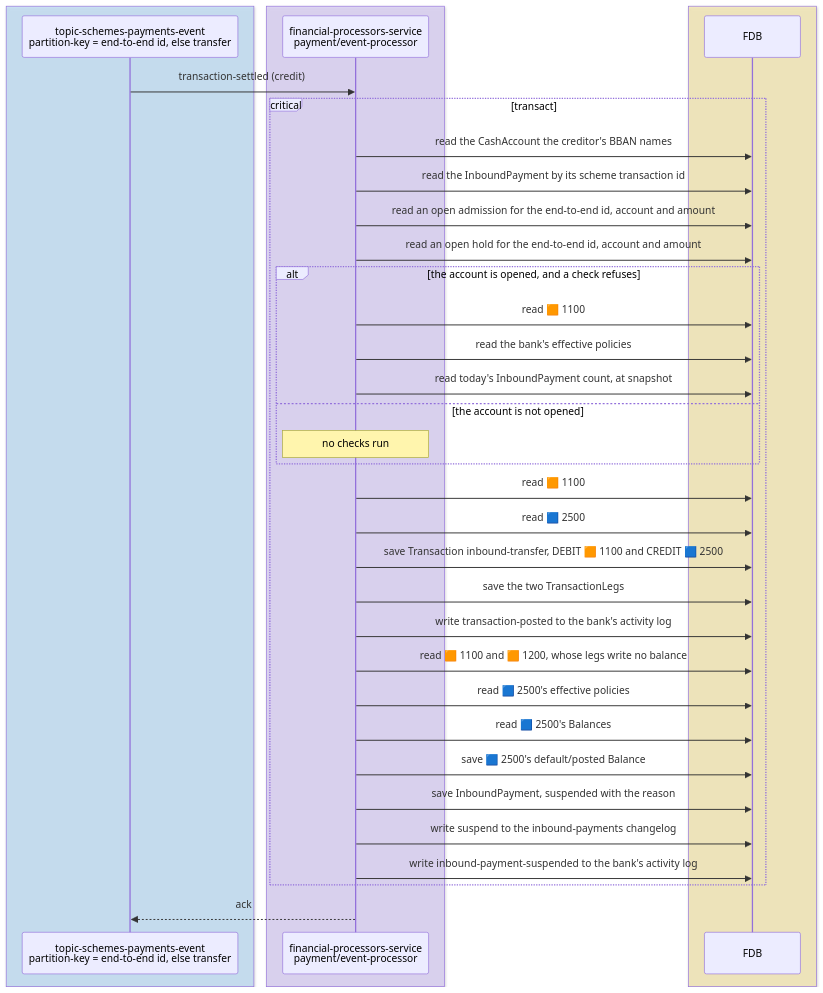
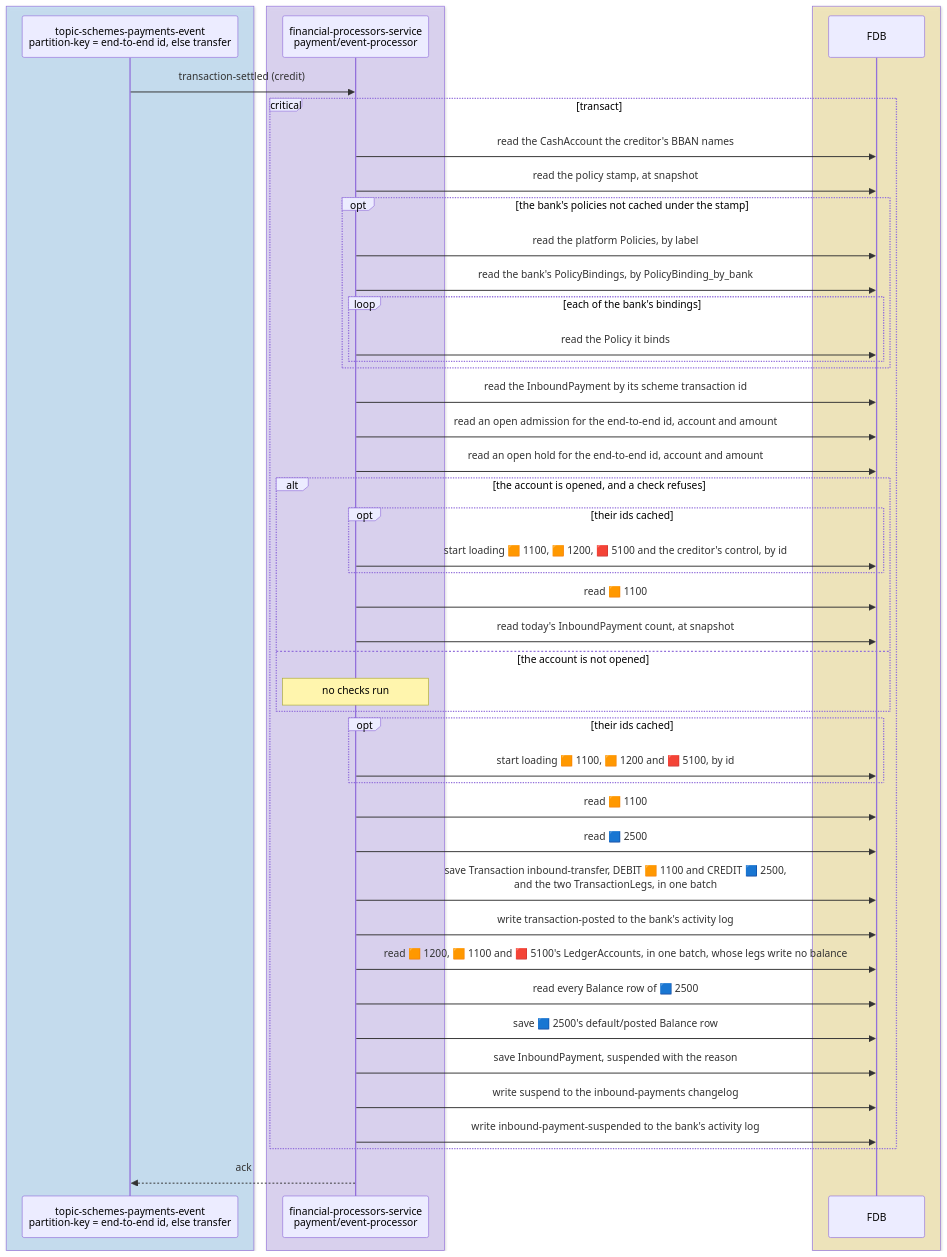
The fifth of 15 diagrams in docs/tdd/payments-inbound.md (repldriven/queenswood), drawn with Mermaid before and after one commit. The commit also changed other lines of this file and 29 other files, not shown here.

````diff
--- a/docs/tdd/payments-inbound.md
+++ b/docs/tdd/payments-inbound.md
@@ -258,39 +278,50 @@
 ```mermaid
 sequenceDiagram
     box rgba(165, 216, 255, 0.45)
     participant SE as topic-schemes-payments-event<br/>partition-key = end-to-end id, else transfer
     end
     box rgba(208, 191, 255, 0.45)
     participant PE as financial-processors-service<br/>payment/event-processor
     end
     box rgba(255, 236, 153, 0.5)
     participant DB as FDB
     end
     SE->>PE: transaction-settled (credit)
     critical transact
     PE->>DB: read the CashAccount the creditor's BBAN names
+    PE->>DB: read the policy stamp, at snapshot
+    opt the bank's policies not cached under the stamp
+    PE->>DB: read the platform Policies, by label
+    PE->>DB: read the bank's PolicyBindings, by PolicyBinding_by_bank
+    loop each of the bank's bindings
+    PE->>DB: read the Policy it binds
+    end
+    end
     PE->>DB: read the InboundPayment by its scheme transaction id
     PE->>DB: read an open admission for the end-to-end id, account and amount
     PE->>DB: read an open hold for the end-to-end id, account and amount
     alt the account is opened, and a check refuses
+    opt their ids cached
+    PE->>DB: start loading 🟧 1100, 🟧 1200, 🟥 5100 and the creditor's control, by id
+    end
     PE->>DB: read 🟧 1100
-    PE->>DB: read the bank's effective policies
     PE->>DB: read today's InboundPayment count, at snapshot
     else the account is not opened
     Note over PE: no checks run
     end
+    opt their ids cached
+    PE->>DB: start loading 🟧 1100, 🟧 1200 and 🟥 5100, by id
+    end
     PE->>DB: read 🟧 1100
     PE->>DB: read 🟦 2500
-    PE->>DB: save Transaction inbound-transfer, DEBIT 🟧 1100 and CREDIT 🟦 2500
-    PE->>DB: save the two TransactionLegs
+    PE->>DB: save Transaction inbound-transfer, DEBIT 🟧 1100 and CREDIT 🟦 2500,<br/>and the two TransactionLegs, in one batch
     PE->>DB: write transaction-posted to the bank's activity log
-    PE->>DB: read 🟧 1100 and 🟧 1200, whose legs write no balance
-    PE->>DB: read 🟦 2500's effective policies
-    PE->>DB: read 🟦 2500's Balances
-    PE->>DB: save 🟦 2500's default/posted Balance
+    PE->>DB: read 🟧 1200, 🟧 1100 and 🟥 5100's LedgerAccounts, in one batch, whose legs write no balance
+    PE->>DB: read every Balance row of 🟦 2500
+    PE->>DB: save 🟦 2500's default/posted Balance row
     PE->>DB: save InboundPayment, suspended with the reason
     PE->>DB: write suspend to the inbound-payments changelog
     PE->>DB: write inbound-payment-suspended to the bank's activity log
     end
     PE-->>SE: ack
 ```
````
